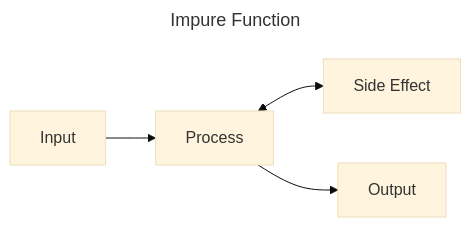
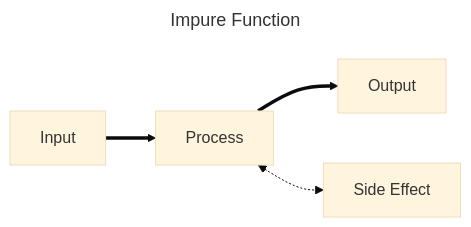
The second of 2 diagrams in src/language-basics/functions.md (Rust-Simply/idiomatic-rust-in-simple-steps), drawn with Mermaid (base theme) before and after one commit. The commit also changed other lines of this file and 4 other files, not shown here.

````diff
--- a/src/language-basics/functions.md
+++ b/src/language-basics/functions.md
@@ -26,14 +33,10 @@
 ```mermaid
 ---
 title: Impure Function
 ---
 graph LR;
-%%    subgraph Function;
-%%        direction LR
-%%    end
-    
-    Process <--> SE["Side Effect"]
-        Input --> Process
-        Process --> Output
+    Input ==> Process
+    Process ==> Output
+    Process <-.-> SE["Side Effect"]
     
 ```
````
